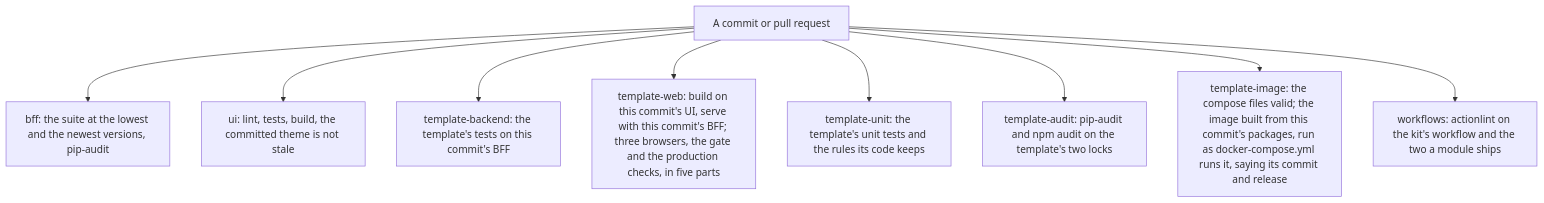
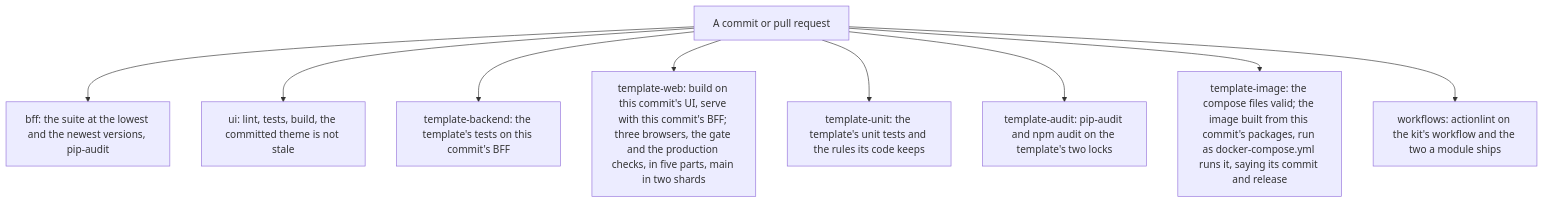
One commit to eneo-ai/eneo-module-kit changed diagram 14 of 14 in docs/architecture.md. Above: the diagram before and after it, drawn with Mermaid. The commit also changed 7 other files, not shown here.

First line of the commit message:
test(gate): two workers, and the browser parts of CI in shards

````diff
--- a/docs/architecture.md
+++ b/docs/architecture.md
@@ -361,11 +361,11 @@
 ```mermaid
 flowchart TB
   commit["A commit or pull request"] --> bff["bff: the suite at the lowest and the newest versions, pip-audit"]
   commit --> ui["ui: lint, tests, build, the committed theme is not stale"]
   commit --> tb["template-backend: the template's tests on this commit's BFF"]
-  commit --> tw["template-web: build on this commit's UI, serve with this commit's BFF; three browsers, the gate and the production checks, in five parts"]
+  commit --> tw["template-web: build on this commit's UI, serve with this commit's BFF; three browsers, the gate and the production checks, in five parts, main in two shards"]
   commit --> tu["template-unit: the template's unit tests and the rules its code keeps"]
   commit --> ta["template-audit: pip-audit and npm audit on the template's two locks"]
   commit --> ti["template-image: the compose files valid; the image built from this commit's packages, run as docker-compose.yml runs it, saying its commit and release"]
   commit --> wf["workflows: actionlint on the kit's workflow and the two a module ships"]
 ```
````
